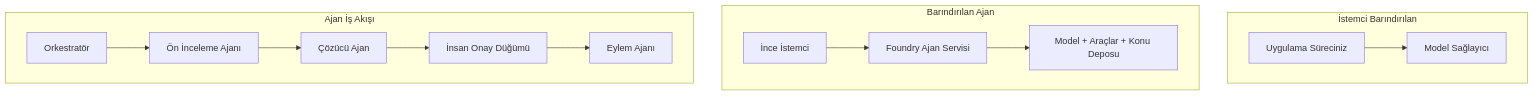
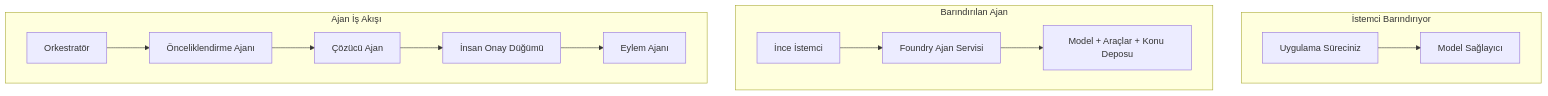
The first of 4 diagrams in mirrors/repos/microsoft@ai-agents-for-beginners/translations/tr/16-deploying-scalable-agents/README.md (gabrielmoreira/agent-skills-mirror), drawn with Mermaid before and after one commit. The commit also changed other lines of this file and 4262 other files, not shown here.

````diff
--- a/mirrors/repos/microsoft@ai-agents-for-beginners/translations/tr/16-deploying-scalable-agents/README.md
+++ b/mirrors/repos/microsoft@ai-agents-for-beginners/translations/tr/16-deploying-scalable-agents/README.md
@@ -87,16 +87,16 @@
 ```mermaid
 flowchart TB
-    subgraph P1[İstemci Barındırılan]
+    subgraph P1[İstemci Barındırıyor]
         A1[Uygulama Süreciniz] --> M1[Model Sağlayıcı]
     end
     subgraph P2[Barındırılan Ajan]
         A2[İnce İstemci] --> F2[Foundry Ajan Servisi]
         F2 --> M2[Model + Araçlar + Konu Deposu]
     end
     subgraph P3[Ajan İş Akışı]
-        A3[Orkestratör] --> S1[Ön İnceleme Ajanı]
+        A3[Orkestratör] --> S1[Önceliklendirme Ajanı]
         S1 --> S2[Çözücü Ajan]
         S2 --> H[İnsan Onay Düğümü]
         H --> S3[Eylem Ajanı]
     end
 ```
````
